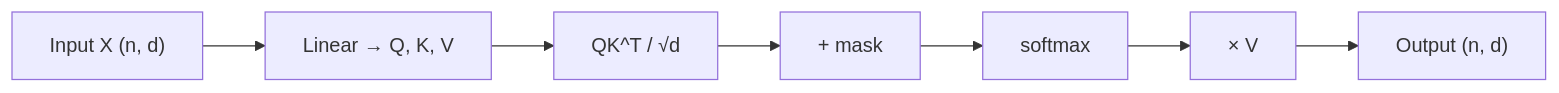
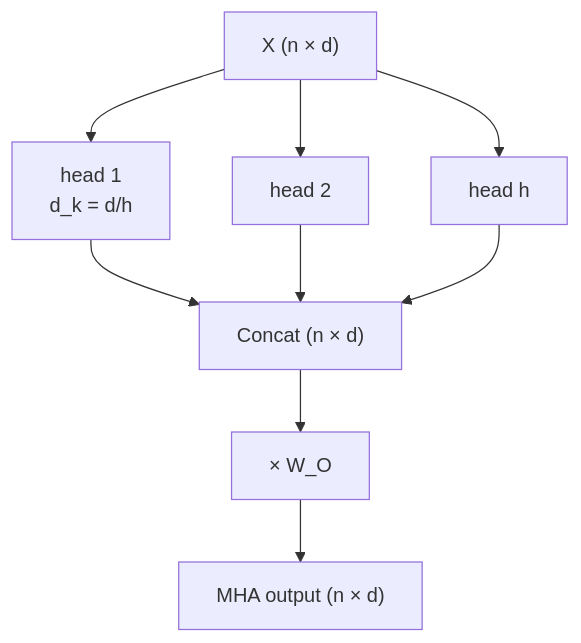
The second of 3 diagrams in roadmap/phase-2-deep-learning/09-attention.md (ABHIRAM3007/itp), drawn with Mermaid before and after one commit. The commit also changed other lines of this file and 19 other files, not shown here.

````diff
--- a/roadmap/phase-2-deep-learning/09-attention.md
+++ b/roadmap/phase-2-deep-learning/09-attention.md
@@ -80,9 +218,10 @@
 ```mermaid
-flowchart LR
-    X["Input X (n, d)"] --> P["Linear → Q, K, V"]
-    P --> S["QK^T / √d"]
-    S --> M["+ mask"]
-    M --> SF["softmax"]
-    SF --> A["× V"]
-    A --> O["Output (n, d)"]
+flowchart TB
+    X["X (n × d)"] --> H1["head 1\nd_k = d/h"]
+    X --> H2["head 2"]
+    X --> Hh["head h"]
+    H1 --> C["Concat (n × d)"]
+    H2 --> C
+    Hh --> C
+    C --> WO["× W_O"] --> OUT["MHA output (n × d)"]
 ```
````
